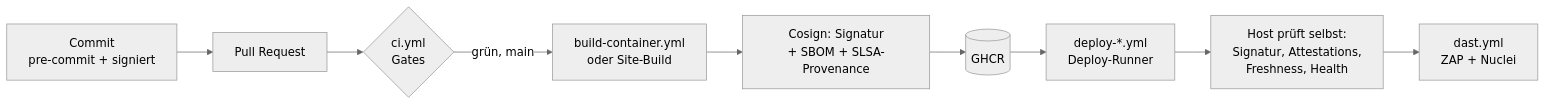
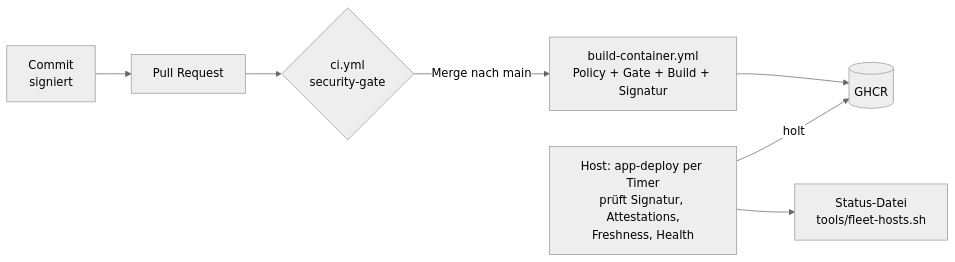
One commit to Pascal-Organisation/security-pipeline changed the diagram in README.md. Above: the diagram before and after it, drawn with Mermaid (neutral theme). The commit also changed other lines of this file and 12 other files, not shown here.

First line of the commit message:
v2.0.0: one release path, signature proves policy and gate ran

````diff
--- a/README.md
+++ b/README.md
@@ -16,11 +17,9 @@
 ```mermaid
 flowchart LR
-  dev[Commit<br/>pre-commit + signiert] --> pr[Pull Request]
-  pr --> ci{ci.yml<br/>Gates}
-  ci -->|grün, main| build[build-container.yml<br/>oder Site-Build]
-  build --> sign[Cosign: Signatur<br/>+ SBOM + SLSA-Provenance]
-  sign --> reg[(GHCR)]
-  reg --> dep[deploy-*.yml<br/>Deploy-Runner]
-  dep --> host[Host prüft selbst:<br/>Signatur, Attestations,<br/>Freshness, Health]
-  host --> dast[dast.yml<br/>ZAP + Nuclei]
+  dev[Commit<br/>signiert] --> pr[Pull Request]
+  pr --> ci{ci.yml<br/>security-gate}
+  ci -->|Merge nach main| rel[build-container.yml<br/>Policy + Gate + Build + Signatur]
+  rel --> reg[(GHCR)]
+  host[Host: app-deploy per Timer<br/>prüft Signatur, Attestations,<br/>Freshness, Health] -->|holt| reg
+  host --> status[Status-Datei<br/>tools/fleet-hosts.sh]
 ```
````
